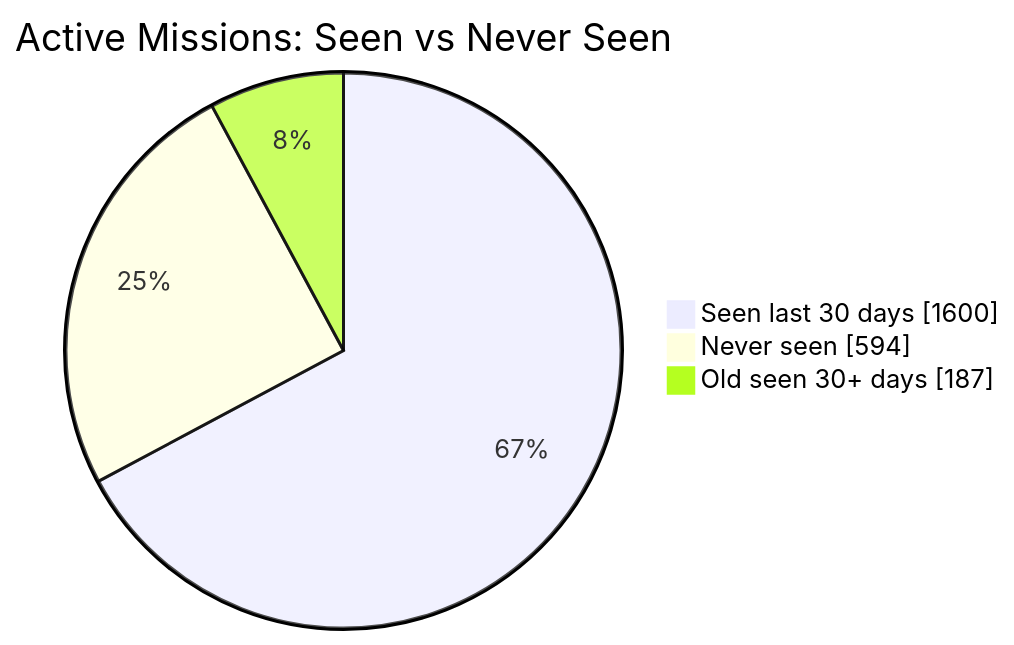
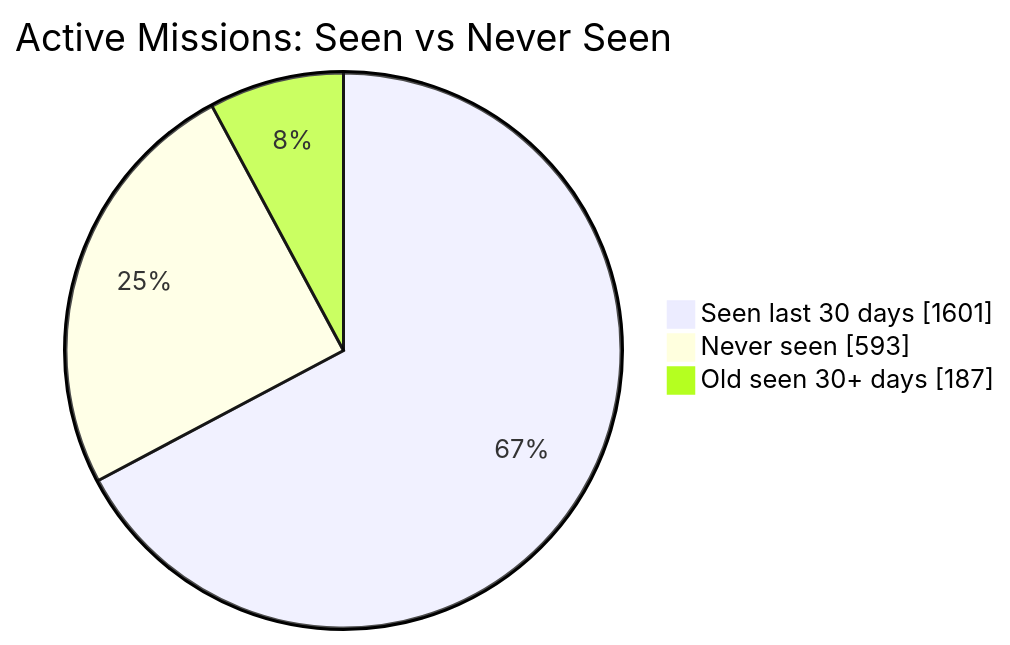
The first of 2 diagrams in README.md (MeldkamerspelGameTeam/active-missions), drawn with Mermaid before and after one commit. The commit also changed other lines of this file and 2 other files, not shown here.

````diff
--- a/README.md
+++ b/README.md
@@ -34,7 +34,7 @@
 ```mermaid
 pie showData
     title Active Missions: Seen vs Never Seen
-    "Seen last 30 days" : 1600
-    "Never seen" : 594
+    "Seen last 30 days" : 1601
+    "Never seen" : 593
     "Old seen 30+ days" : 187
 ```
````
